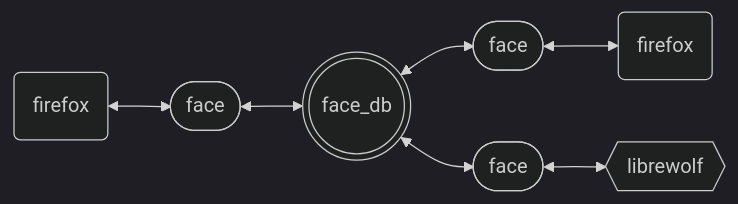
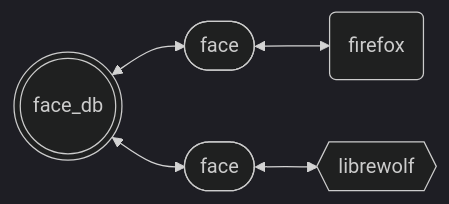
The third of 4 diagrams in README.md (198thread/lineup), drawn with Mermaid (dark theme) before and after one commit.

Commit message:
Update README.md
reduced mermaid diagram for clarity

````diff
--- a/README.md
+++ b/README.md
@@ -42,9 +42,7 @@
 ```mermaid
 graph LR;
     A(((face_db))) <--> B([face])
     B <--> E(firefox)
     A <--> F([face])
     F <--> G{{librewolf}}
-    H(firefox) <--> I([face])
-    I <--> A
 ```
````
